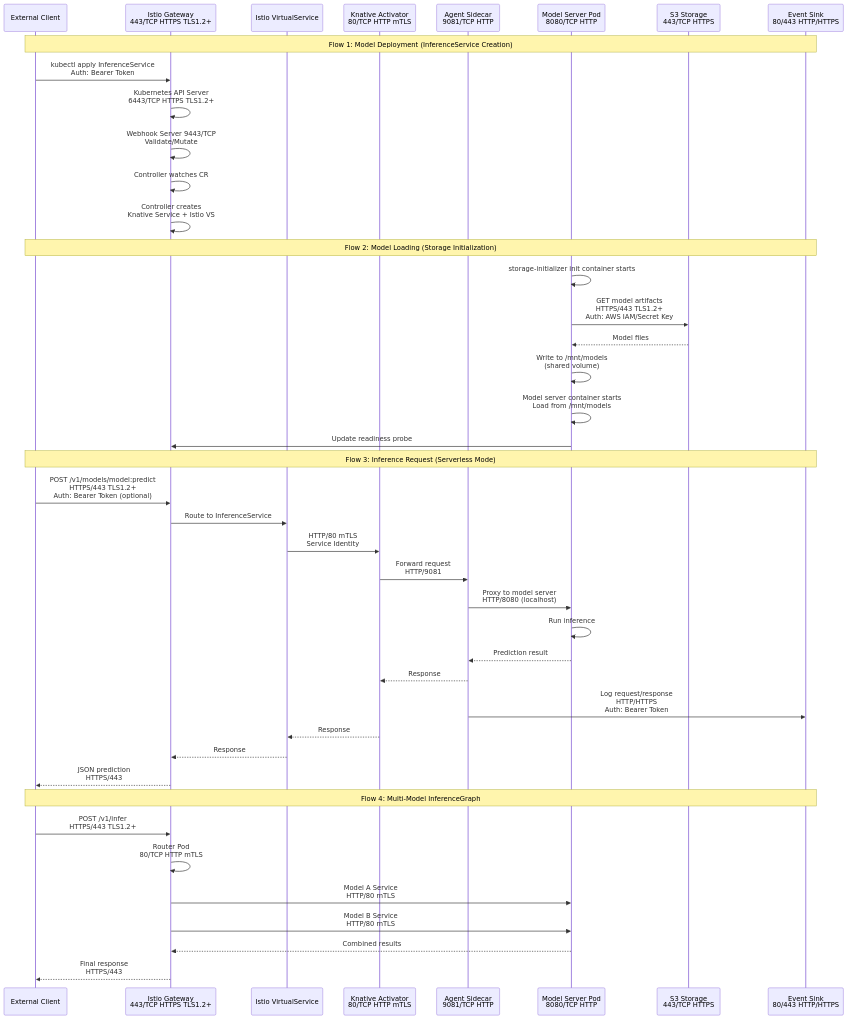
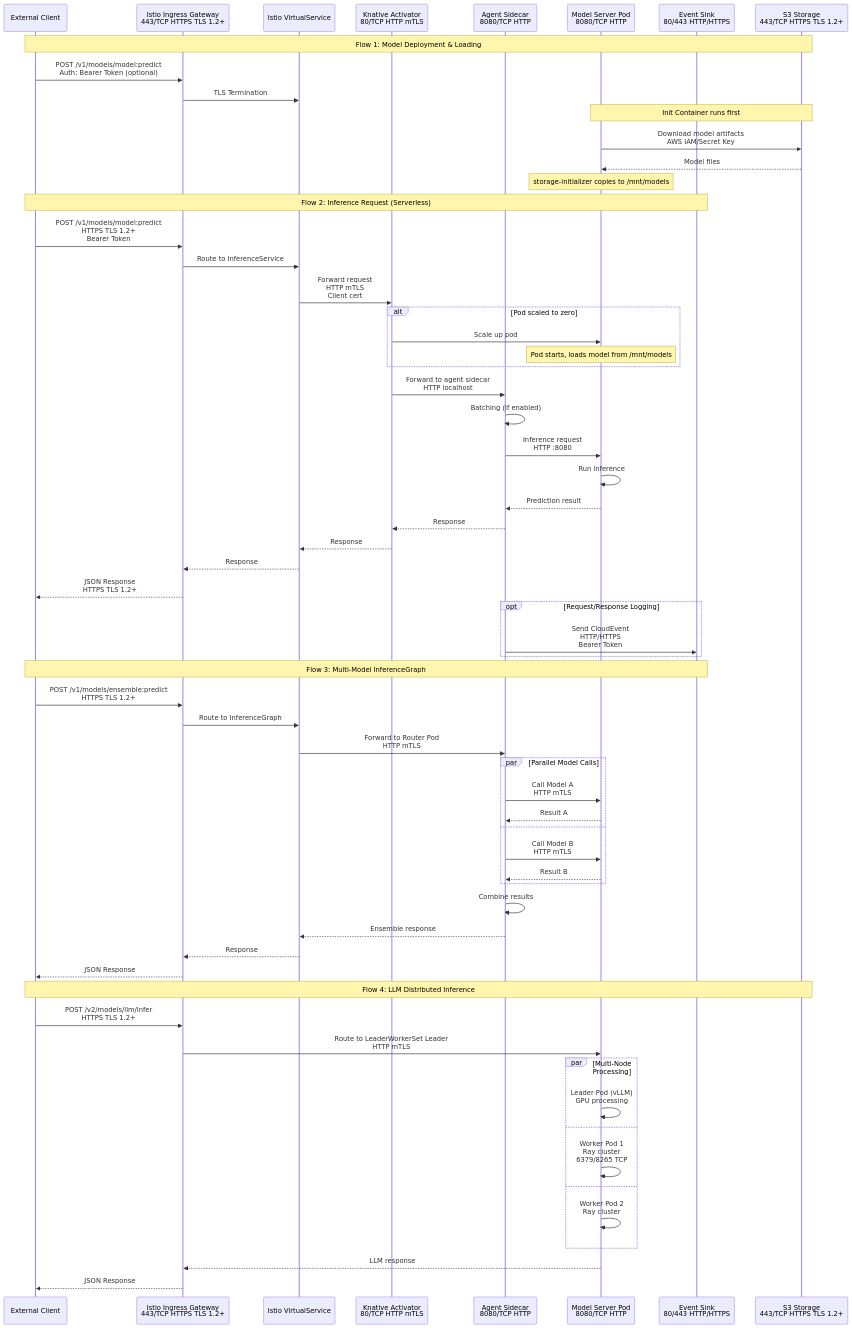
The diagram in architecture/rhoai-2.25.0/diagrams/kserve-dataflow.mmd (rhuss/architecture-context), drawn with Mermaid before and after one commit. The commit also changed 209 other files, not shown here.

```diff
--- a/architecture/rhoai-2.25.0/diagrams/kserve-dataflow.mmd
+++ b/architecture/rhoai-2.25.0/diagrams/kserve-dataflow.mmd
@@ -1,50 +1,79 @@
 sequenceDiagram
     participant Client as External Client
-    participant Gateway as Istio Gateway<br/>443/TCP HTTPS TLS1.2+
+    participant Gateway as Istio Ingress Gateway<br/>443/TCP HTTPS TLS 1.2+
     participant VS as Istio VirtualService
     participant Activator as Knative Activator<br/>80/TCP HTTP mTLS
-    participant Agent as Agent Sidecar<br/>9081/TCP HTTP
+    participant Agent as Agent Sidecar<br/>8080/TCP HTTP
     participant ModelServer as Model Server Pod<br/>8080/TCP HTTP
-    participant S3 as S3 Storage<br/>443/TCP HTTPS
     participant EventSink as Event Sink<br/>80/443 HTTP/HTTPS
+    participant S3 as S3 Storage<br/>443/TCP HTTPS TLS 1.2+
 
-    Note over Client,EventSink: Flow 1: Model Deployment (InferenceService Creation)
+    Note over Client,S3: Flow 1: Model Deployment & Loading
 
-    Client->>Gateway: kubectl apply InferenceService<br/>Auth: Bearer Token
-    Gateway->>Gateway: Kubernetes API Server<br/>6443/TCP HTTPS TLS1.2+
-    Gateway->>Gateway: Webhook Server 9443/TCP<br/>Validate/Mutate
-    Gateway->>Gateway: Controller watches CR
-    Gateway->>Gateway: Controller creates<br/>Knative Service + Istio VS
+    Client->>Gateway: POST /v1/models/model:predict<br/>Auth: Bearer Token (optional)
+    Gateway->>VS: TLS Termination
 
-    Note over Client,EventSink: Flow 2: Model Loading (Storage Initialization)
+    Note over ModelServer,S3: Init Container runs first
+    ModelServer->>S3: Download model artifacts<br/>AWS IAM/Secret Key
+    S3-->>ModelServer: Model files
+    Note over ModelServer: storage-initializer copies to /mnt/models
 
-    ModelServer->>ModelServer: storage-initializer init container starts
-    ModelServer->>S3: GET model artifacts<br/>HTTPS/443 TLS1.2+<br/>Auth: AWS IAM/Secret Key
-    S3-->>ModelServer: Model files
-    ModelServer->>ModelServer: Write to /mnt/models<br/>(shared volume)
-    ModelServer->>ModelServer: Model server container starts<br/>Load from /mnt/models
-    ModelServer->>Gateway: Update readiness probe
+    Note over Client,EventSink: Flow 2: Inference Request (Serverless)
 
-    Note over Client,EventSink: Flow 3: Inference Request (Serverless Mode)
+    Client->>Gateway: POST /v1/models/model:predict<br/>HTTPS TLS 1.2+<br/>Bearer Token
+    Gateway->>VS: Route to InferenceService
+    VS->>Activator: Forward request<br/>HTTP mTLS<br/>Client cert
 
-    Client->>Gateway: POST /v1/models/model:predict<br/>HTTPS/443 TLS1.2+<br/>Auth: Bearer Token (optional)
-    Gateway->>VS: Route to InferenceService
-    VS->>Activator: HTTP/80 mTLS<br/>Service Identity
-    Activator->>Agent: Forward request<br/>HTTP/9081
-    Agent->>ModelServer: Proxy to model server<br/>HTTP/8080 (localhost)
+    alt Pod scaled to zero
+        Activator->>ModelServer: Scale up pod
+        Note over ModelServer: Pod starts, loads model from /mnt/models
+    end
+
+    Activator->>Agent: Forward to agent sidecar<br/>HTTP localhost
+    Agent->>Agent: Batching (if enabled)
+    Agent->>ModelServer: Inference request<br/>HTTP :8080
     ModelServer->>ModelServer: Run inference
     ModelServer-->>Agent: Prediction result
     Agent-->>Activator: Response
-    Agent->>EventSink: Log request/response<br/>HTTP/HTTPS<br/>Auth: Bearer Token
     Activator-->>VS: Response
     VS-->>Gateway: Response
-    Gateway-->>Client: JSON prediction<br/>HTTPS/443
+    Gateway-->>Client: JSON Response<br/>HTTPS TLS 1.2+
 
-    Note over Client,EventSink: Flow 4: Multi-Model InferenceGraph
+    opt Request/Response Logging
+        Agent->>EventSink: Send CloudEvent<br/>HTTP/HTTPS<br/>Bearer Token
+    end
 
-    Client->>Gateway: POST /v1/infer<br/>HTTPS/443 TLS1.2+
-    Gateway->>Gateway: Router Pod<br/>80/TCP HTTP mTLS
-    Gateway->>ModelServer: Model A Service<br/>HTTP/80 mTLS
-    Gateway->>ModelServer: Model B Service<br/>HTTP/80 mTLS
-    ModelServer-->>Gateway: Combined results
-    Gateway-->>Client: Final response<br/>HTTPS/443
+    Note over Client,EventSink: Flow 3: Multi-Model InferenceGraph
+
+    Client->>Gateway: POST /v1/models/ensemble:predict<br/>HTTPS TLS 1.2+
+    Gateway->>VS: Route to InferenceGraph
+    VS->>Agent: Forward to Router Pod<br/>HTTP mTLS
+
+    par Parallel Model Calls
+        Agent->>ModelServer: Call Model A<br/>HTTP mTLS
+        ModelServer-->>Agent: Result A
+    and
+        Agent->>ModelServer: Call Model B<br/>HTTP mTLS
+        ModelServer-->>Agent: Result B
+    end
+
+    Agent->>Agent: Combine results
+    Agent-->>VS: Ensemble response
+    VS-->>Gateway: Response
+    Gateway-->>Client: JSON Response
+
+    Note over Client,S3: Flow 4: LLM Distributed Inference
+
+    Client->>Gateway: POST /v2/models/llm/infer<br/>HTTPS TLS 1.2+
+    Gateway->>ModelServer: Route to LeaderWorkerSet Leader<br/>HTTP mTLS
+
+    par Multi-Node Processing
+        ModelServer->>ModelServer: Leader Pod (vLLM)<br/>GPU processing
+    and
+        ModelServer->>ModelServer: Worker Pod 1<br/>Ray cluster<br/>6379/8265 TCP
+    and
+        ModelServer->>ModelServer: Worker Pod 2<br/>Ray cluster
+    end
+
+    ModelServer-->>Gateway: LLM response
+    Gateway-->>Client: JSON Response
```
